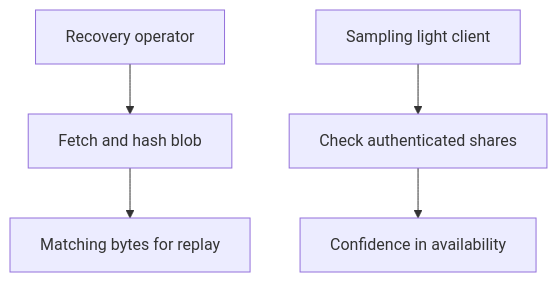
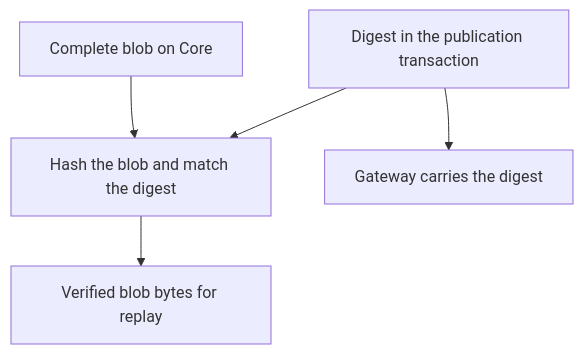
The diagram in docs/architecture/comparison.mdx (syscoin/sys-docs), drawn with Mermaid before and after one commit. The commit also changed other lines of this file and 3 other files, not shown here.

````diff
--- a/docs/architecture/comparison.mdx
+++ b/docs/architecture/comparison.mdx
@@ -73,9 +73,9 @@
 ```mermaid
 flowchart TB
-    accTitle: Two readers checking data availability
-    accDescr: A recovery operator fetches and hashes the complete blob to replay it. A sampling light client checks authenticated shares to gain confidence in availability.
-    A["Recovery operator"] --> B["Fetch and hash blob"]
-    B --> C["Matching bytes for replay"]
-    D["Sampling light client"] --> E["Check authenticated shares"]
-    E --> F["Confidence in availability"]
+    accTitle: How PoDA links the payload to the Gateway reference
+    accDescr: Core checks the complete blob against the digest in its publication transaction. Gateway carries that digest. An independent reader can hash the same bytes and use them as an input to replay.
+    Blob["Complete blob on Core"] --> Check["Hash the blob and match the digest"]
+    Digest["Digest in the publication transaction"] --> Check
+    Digest --> Gateway["Gateway carries the digest"]
+    Check --> Replay["Verified blob bytes for replay"]
 ```
````
